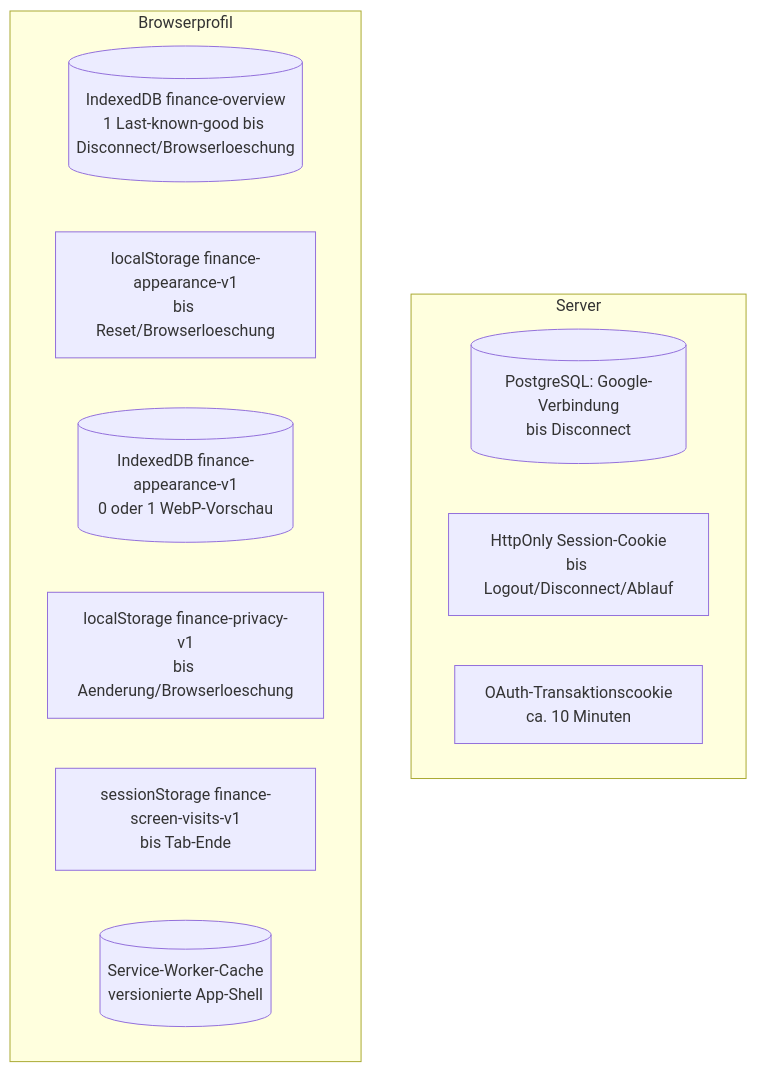
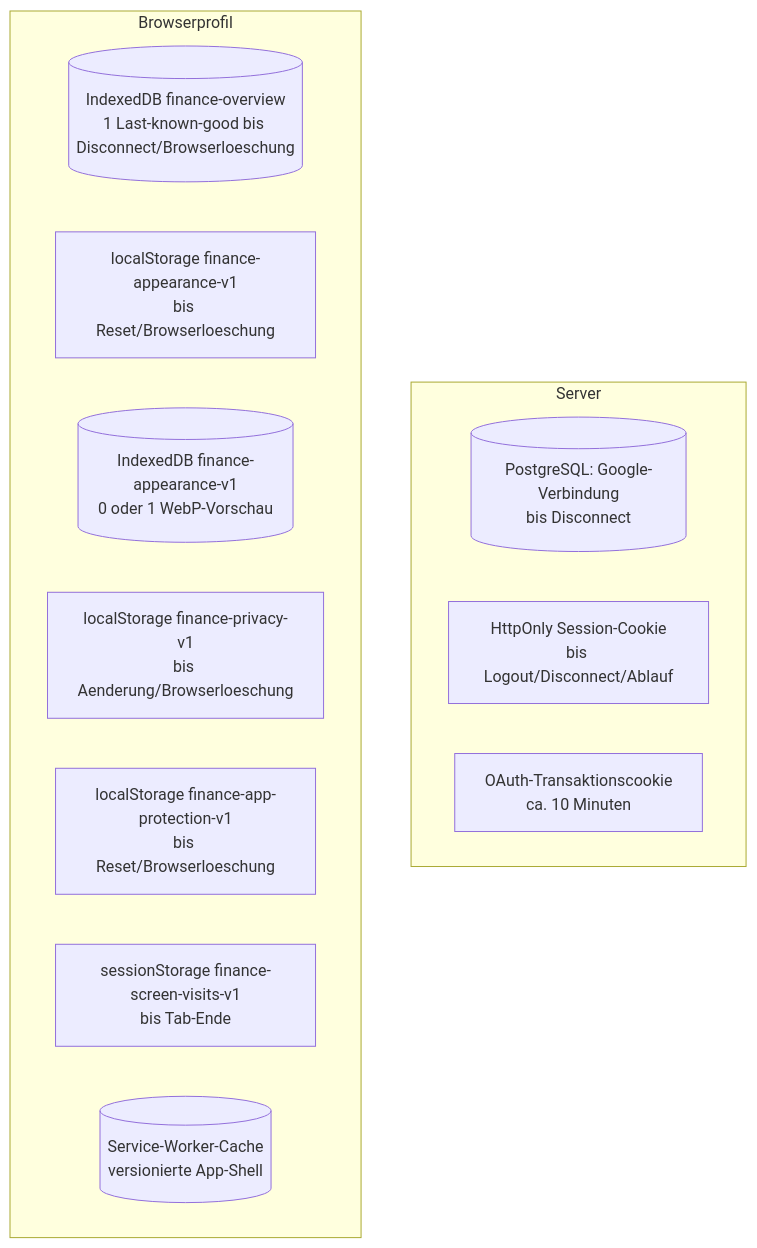
Before and after one commit to hernstev97/accura: the diagram in docs/architektur/synchronisation-und-offline.md, drawn with Mermaid. The commit also changed other lines of this file and 40 other files, not shown here.

````diff
--- a/docs/architektur/synchronisation-und-offline.md
+++ b/docs/architektur/synchronisation-und-offline.md
@@ -23,16 +23,17 @@
 ```mermaid
 flowchart TB
   subgraph Server
     PG[(PostgreSQL: Google-Verbindung\nbis Disconnect)]
     SC[HttpOnly Session-Cookie\nbis Logout/Disconnect/Ablauf]
     OC[OAuth-Transaktionscookie\nca. 10 Minuten]
   end
   subgraph Browserprofil
     FC[(IndexedDB finance-overview\n1 Last-known-good bis Disconnect/Browserloeschung)]
     AP[localStorage finance-appearance-v1\nbis Reset/Browserloeschung]
     WP[(IndexedDB finance-appearance-v1\n0 oder 1 WebP-Vorschau)]
     PR[localStorage finance-privacy-v1\nbis Aenderung/Browserloeschung]
+    LK[localStorage finance-app-protection-v1\nbis Reset/Browserloeschung]
     SV[sessionStorage finance-screen-visits-v1\nbis Tab-Ende]
     SW[(Service-Worker-Cache\nversionierte App-Shell)]
   end
 ```
````
